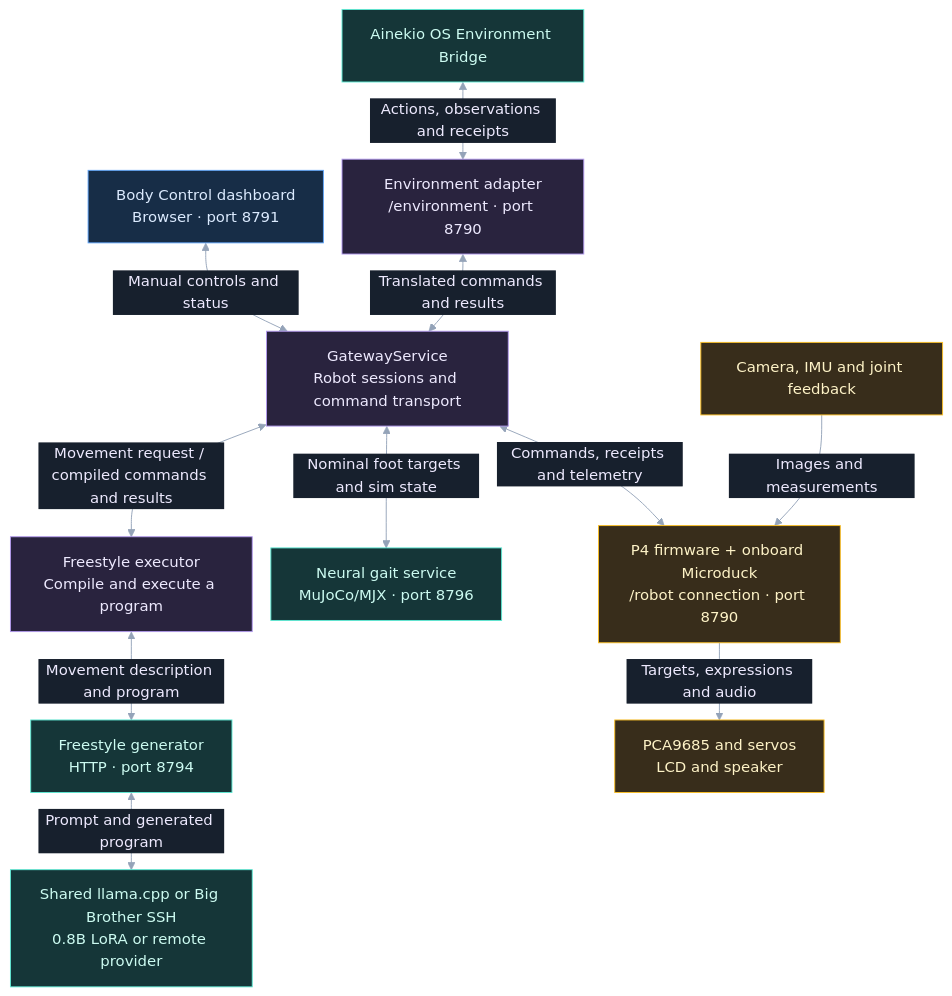
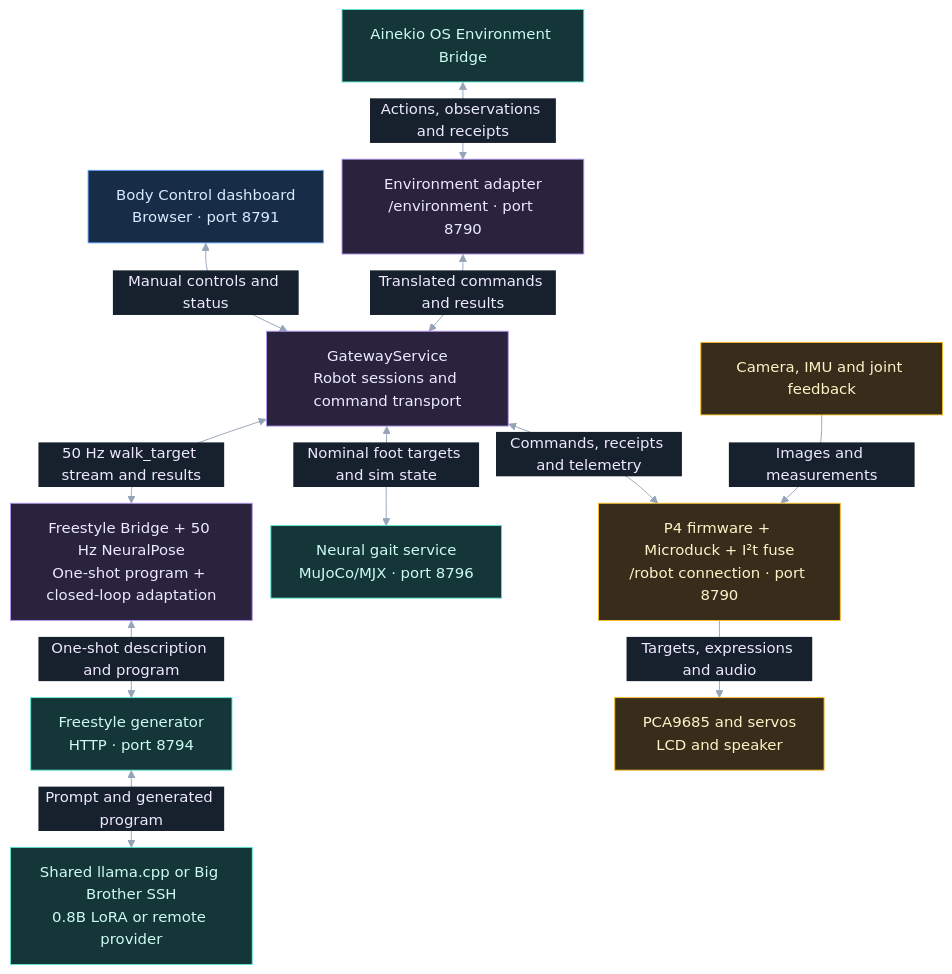
The sixth of 9 diagrams in docs/robot/SYSTEM_ARCHITECTURE.md (Greg-Aster/ainekio-os), drawn with Mermaid before and after one commit. The commit also changed other lines of this file and 12 other files, not shown here.

````diff
--- a/docs/robot/SYSTEM_ARCHITECTURE.md
+++ b/docs/robot/SYSTEM_ARCHITECTURE.md
@@ -212,31 +212,31 @@
 ```mermaid
 %%{init: {"theme":"base","themeVariables":{"darkMode":true,"background":"#0f172a","primaryColor":"#29233e","primaryTextColor":"#ede9fe","primaryBorderColor":"#b39aef","lineColor":"#94a3b8","edgeLabelBackground":"#17202d","clusterBkg":"#151e2c","clusterBorder":"#526176","titleColor":"#e2e8f0","fontSize":"16px"},"flowchart":{"nodeSpacing":20,"rankSpacing":35,"useMaxWidth":true}}}%%
 flowchart TB
   BR["Ainekio OS Environment Bridge"]:::service
   DASH["Body Control dashboard<br/>Browser · port 8791"]:::ui
   ADAPTER["Environment adapter<br/>/environment · port 8790"]:::software
   GW["GatewayService<br/>Robot sessions and command transport"]:::software
-  EXEC["Freestyle executor<br/>Compile and execute a program"]:::software
+  EXEC["Freestyle Bridge + 50 Hz NeuralPose<br/>One-shot program + closed-loop adaptation"]:::software
   GEN["Freestyle generator<br/>HTTP · port 8794"]:::service
   MODEL["Shared llama.cpp or Big Brother SSH<br/>0.8B LoRA or remote provider"]:::service
   NEURAL["Neural gait service<br/>MuJoCo/MJX · port 8796"]:::service
-  P4["P4 firmware + onboard Microduck<br/>/robot connection · port 8790"]:::hardware
+  P4["P4 firmware + Microduck + I²t fuse<br/>/robot connection · port 8790"]:::hardware
   OUT["PCA9685 and servos<br/>LCD and speaker"]:::hardware
   SENSORS["Camera, IMU and joint feedback"]:::hardware
   BR <-->|"Actions, observations and receipts"| ADAPTER
   DASH <-->|"Manual controls and status"| GW
   ADAPTER <-->|"Translated commands and results"| GW
-  GW <-->|"Movement request / compiled commands and results"| EXEC
-  EXEC <-->|"Movement description and program"| GEN
+  GW <-->|"50 Hz walk_target stream and results"| EXEC
+  EXEC <-->|"One-shot description and program"| GEN
   GEN <-->|"Prompt and generated program"| MODEL
   GW <-->|"Nominal foot targets and sim state"| NEURAL
   GW <-->|"Commands, receipts and telemetry"| P4
   P4 -->|"Targets, expressions and audio"| OUT
   SENSORS -->|"Images and measurements"| P4
   classDef human fill:#263344,stroke:#cbd5e1,color:#f1f5f9
   classDef ui fill:#172d47,stroke:#60a5fa,color:#dbeafe
   classDef software fill:#29233e,stroke:#b39aef,color:#ede9fe
   classDef service fill:#153638,stroke:#5eead4,color:#ccfbf1
   classDef hardware fill:#382d1b,stroke:#fbbf24,color:#fef3c7
   classDef data fill:#263126,stroke:#86c995,color:#dcfce7
 ```
````
